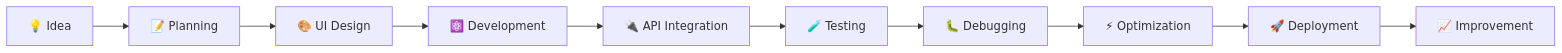
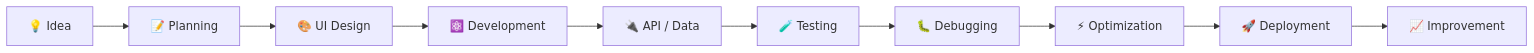
One commit to Zynxis-internship-maliha/Zynxis-internship-Maliha-Arshad- changed the diagram in README.md. Above: the diagram before and after it, drawn with Mermaid. The commit also changed other lines of this file, not shown here.

````diff
--- a/README.md
+++ b/README.md
@@ -564,12 +710,12 @@
 ```mermaid
 flowchart LR
     A[💡 Idea] --> B[📝 Planning]
     B --> C[🎨 UI Design]
     C --> D[⚛️ Development]
-    D --> E[🔌 API Integration]
+    D --> E[🔌 API / Data]
     E --> F[🧪 Testing]
     F --> G[🐛 Debugging]
     G --> H[⚡ Optimization]
     H --> I[🚀 Deployment]
     I --> J[📈 Improvement]
 ```
````
